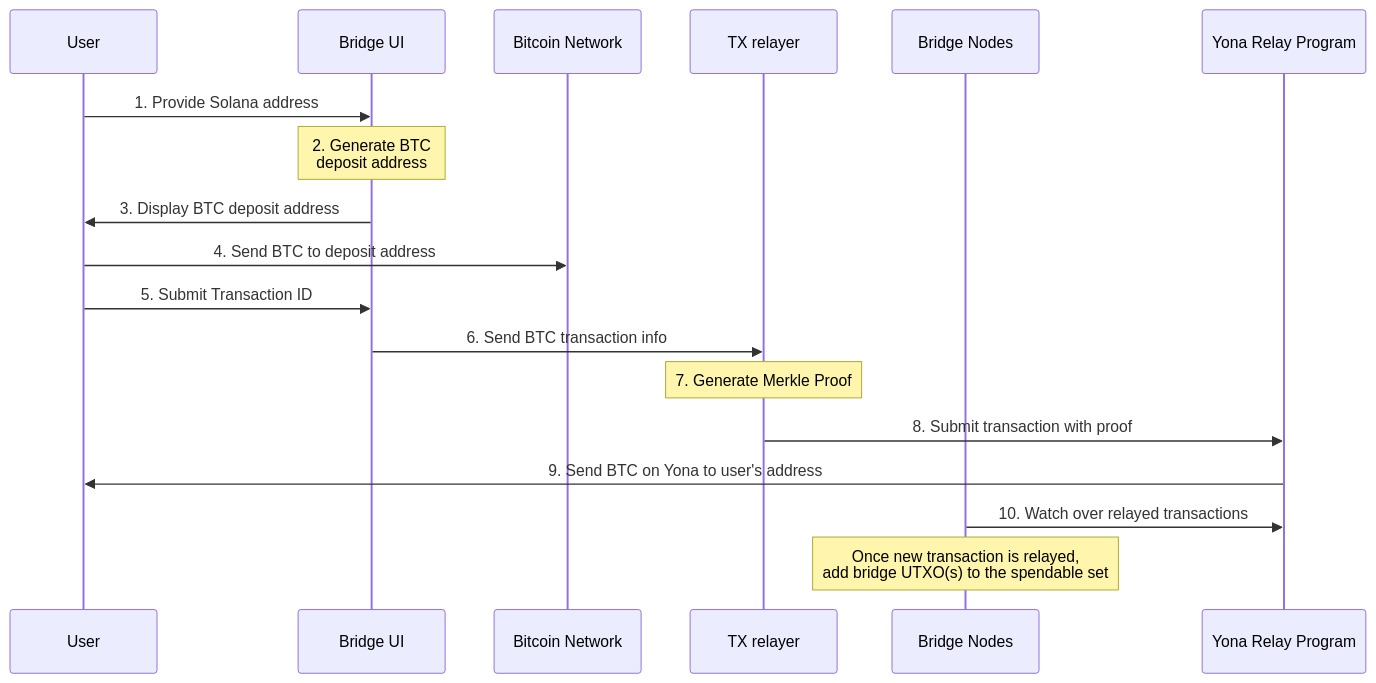
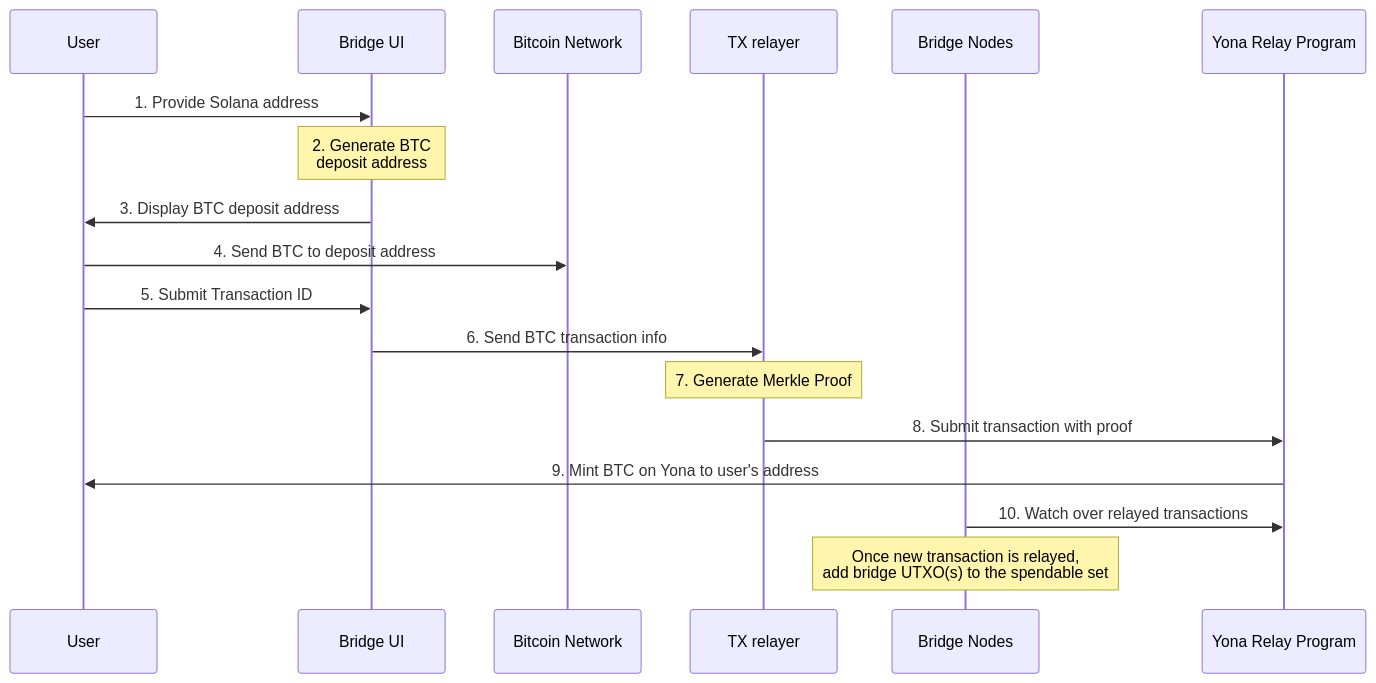
Before and after one commit to Yona-Labs/bitcoin-svm-bridge: the diagram in docs/diagrams/bridge_deposit.md, drawn with Mermaid.

Commit message:
Update bridge deposit sequence diagram.

````diff
--- a/docs/diagrams/bridge_deposit.md
+++ b/docs/diagrams/bridge_deposit.md
@@ -1,20 +1,20 @@
 ```mermaid
 sequenceDiagram
     participant User
     participant Bridge UI
     participant Bitcoin Network
     participant TX relayer
     participant Bridge Nodes
     participant Yona Relay Program
     User ->> Bridge UI: 1. Provide Solana address
     Note over Bridge UI: 2. Generate BTC<br/>deposit address
     Bridge UI ->> User: 3. Display BTC deposit address
     User ->> Bitcoin Network: 4. Send BTC to deposit address
     User ->> Bridge UI: 5. Submit Transaction ID
     Bridge UI ->> TX relayer: 6. Send BTC transaction info
     Note over TX relayer: 7. Generate Merkle Proof
     TX relayer ->> Yona Relay Program: 8. Submit transaction with proof
-    Yona Relay Program ->> User: 9. Send BTC on Yona to user's address
+    Yona Relay Program ->> User: 9. Mint BTC on Yona to user's address
     Bridge Nodes ->> Yona Relay Program: 10. Watch over relayed transactions
     Note over Bridge Nodes: Once new transaction is relayed,<br> add bridge UTXO(s) to the spendable set
 ```
````
